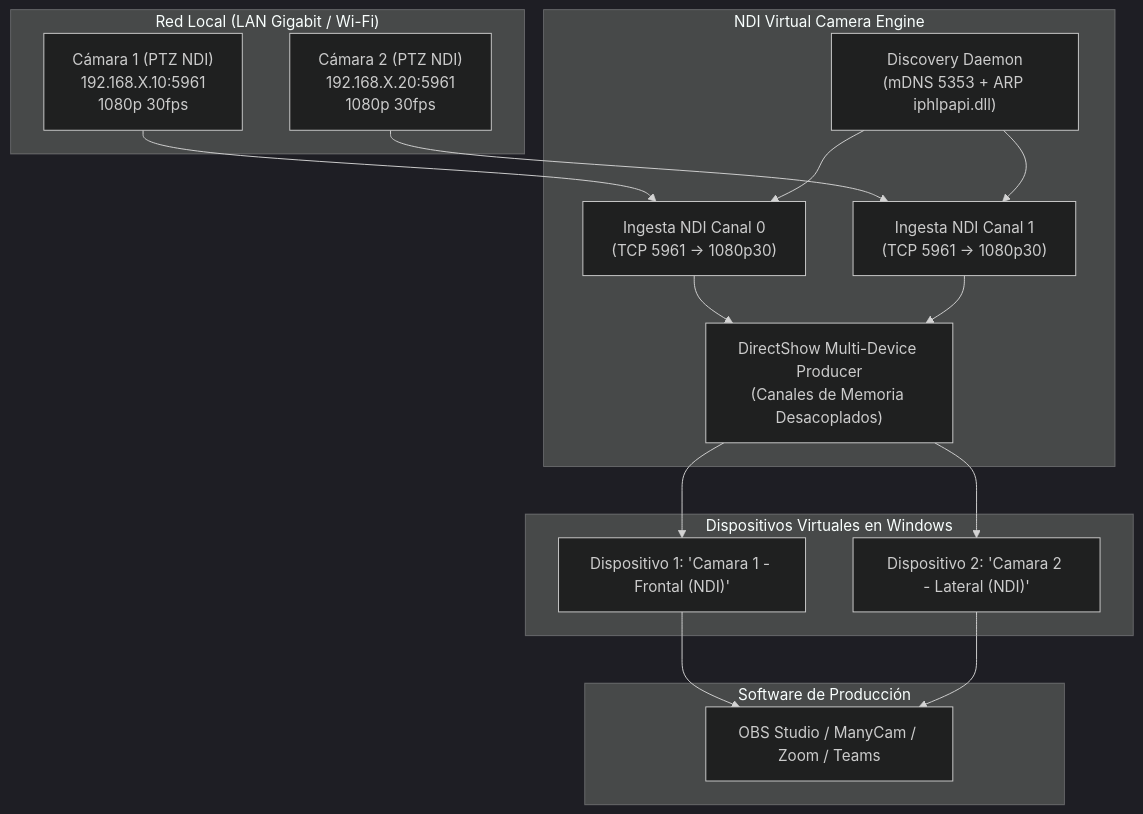
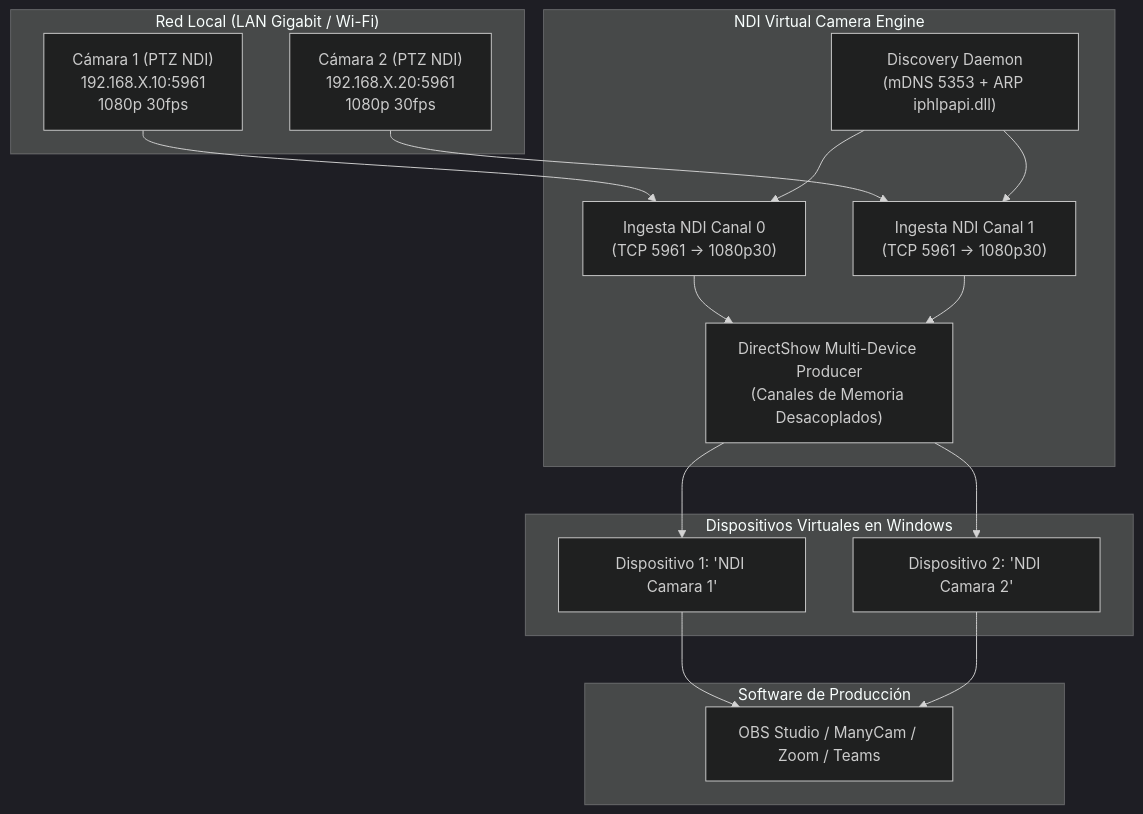
One commit to vgisbert/ndi-multicam-virtual-camera changed the diagram in README.md. Above: the diagram before and after it, drawn with Mermaid (dark theme). The commit also changed other lines of this file and 7 other files, not shown here.

````diff
--- a/README.md
+++ b/README.md
@@ -37,35 +37,35 @@
 ```mermaid
 flowchart TD
     subgraph LAN["Red Local (LAN Gigabit / Wi-Fi)"]
         Cam1["Cámara 1 (PTZ NDI)<br/>192.168.X.10:5961<br/>1080p 30fps"]
         Cam2["Cámara 2 (PTZ NDI)<br/>192.168.X.20:5961<br/>1080p 30fps"]
     end
 
 
     subgraph Core["NDI Virtual Camera Engine"]
         Daemon["Discovery Daemon<br/>(mDNS 5353 + ARP iphlpapi.dll)"]
         Worker1["Ingesta NDI Canal 0<br/>(TCP 5961 -> 1080p30)"]
         Worker2["Ingesta NDI Canal 1<br/>(TCP 5961 -> 1080p30)"]
         Bridge["DirectShow Multi-Device Producer<br/>(Canales de Memoria Desacoplados)"]
     end
 
     subgraph DirectShow["Dispositivos Virtuales en Windows"]
-        Dev1["Dispositivo 1: 'Camara 1 - Frontal (NDI)'"]
-        Dev2["Dispositivo 2: 'Camara 2 - Lateral (NDI)'"]
+        Dev1["Dispositivo 1: 'NDI Camara 1'"]
+        Dev2["Dispositivo 2: 'NDI Camara 2'"]
     end
 
     subgraph Apps["Software de Producción"]
         OBS["OBS Studio / ManyCam / Zoom / Teams"]
     end
 
     Cam1 --> Worker1
     Cam2 --> Worker2
     Daemon --> Worker1
     Daemon --> Worker2
     Worker1 --> Bridge
     Worker2 --> Bridge
     Bridge --> Dev1
     Bridge --> Dev2
     Dev1 --> OBS
     Dev2 --> OBS
 ```
````
